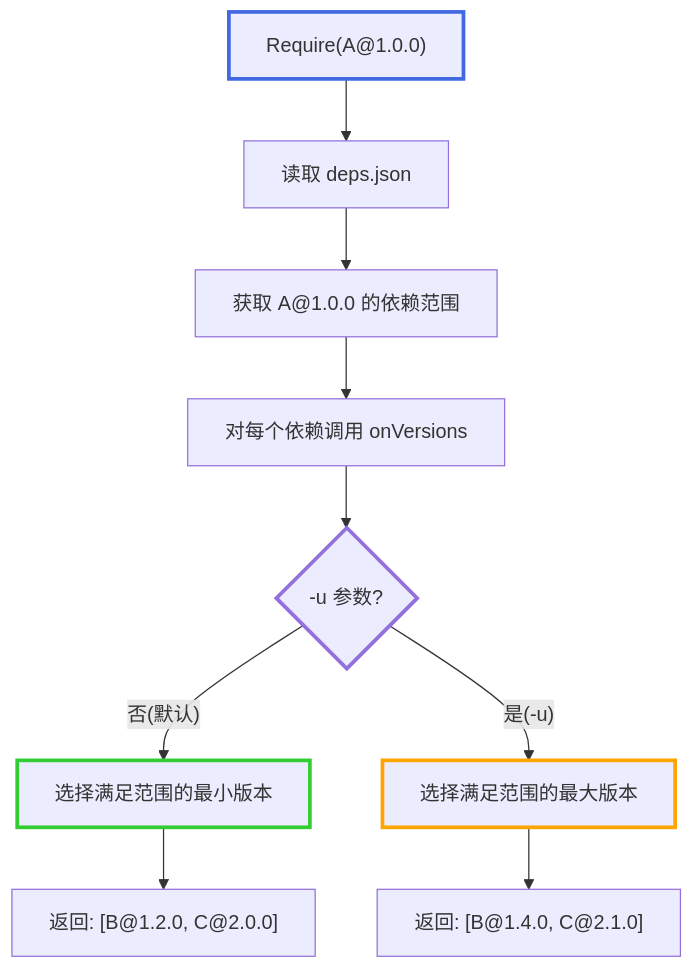
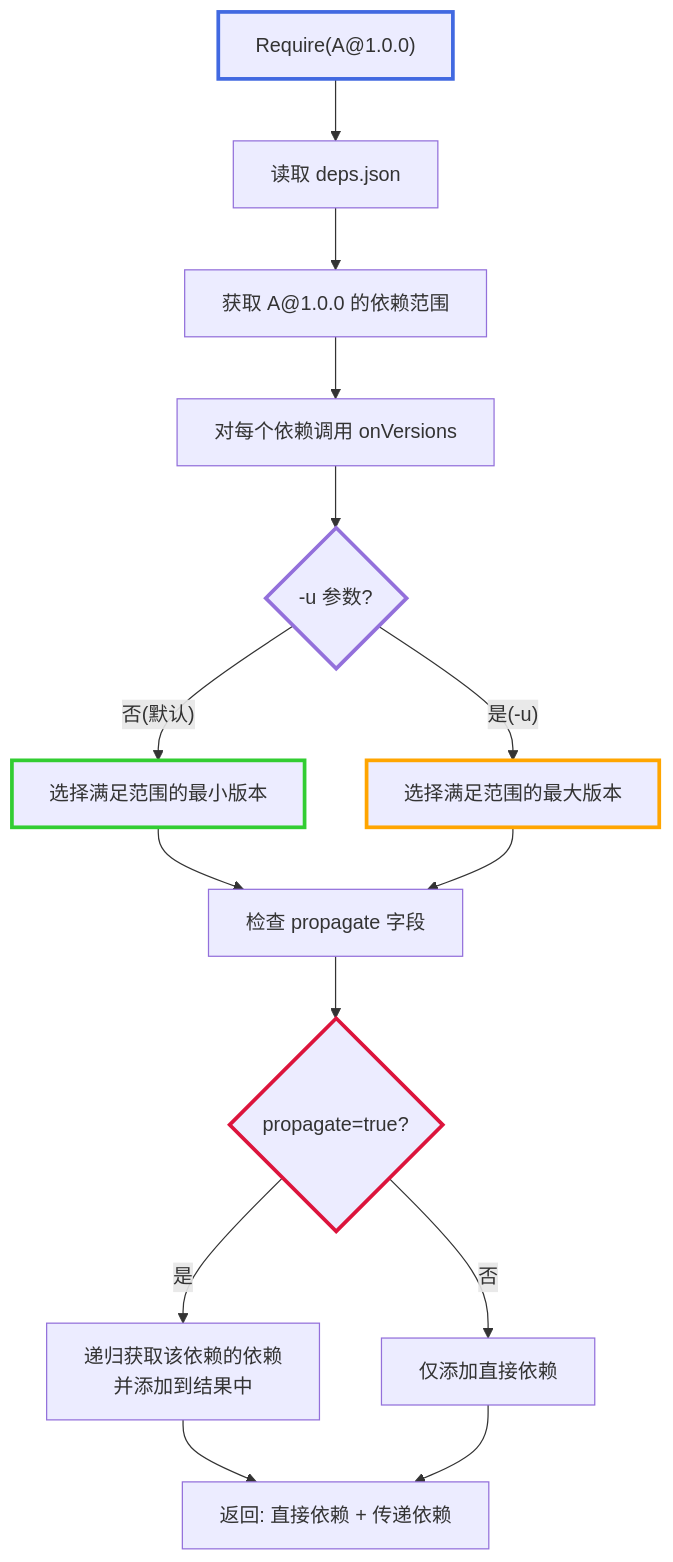
One commit to goplus/llar changed the fourth of 11 diagrams in docs/mvs-algorithm-design.md. Above: the diagram before and after it, drawn with Mermaid. The commit also changed other lines of this file and 3 other files, not shown here.

````diff
--- a/docs/mvs-algorithm-design.md
+++ b/docs/mvs-algorithm-design.md
@@ -160,16 +160,22 @@
 ```mermaid
 graph TD
 A["Require(A@1.0.0)"] --> B["读取 deps.json"]
 B --> C["获取 A@1.0.0 的依赖范围"]
 C --> D["对每个依赖调用 onVersions"]
 D --> E{"-u 参数?"}
 E -- "否(默认)" --> F["选择满足范围的最小版本"]
 E -- "是(-u)" --> G["选择满足范围的最大版本"]
-F --> H["返回: [B@1.2.0, C@2.0.0]"]
-G --> I["返回: [B@1.4.0, C@2.1.0]"]
+F --> H["检查 propagate 字段"]
+G --> H
+H --> I{"propagate=true?"}
+I -- "是" --> J["递归获取该依赖的依赖<br/>并添加到结果中"]
+I -- "否" --> K["仅添加直接依赖"]
+J --> L["返回: 直接依赖 + 传递依赖"]
+K --> L
 
 style A stroke:#4169E1,stroke-width:3px
 style E stroke:#9370DB,stroke-width:3px
 style F stroke:#32CD32,stroke-width:3px
 style G stroke:#FFA500,stroke-width:3px
+style I stroke:#DC143C,stroke-width:3px
 ```
````
